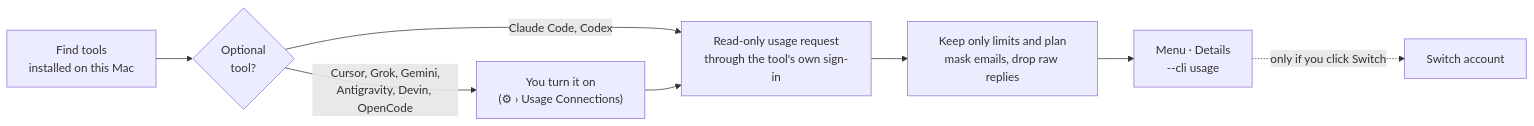
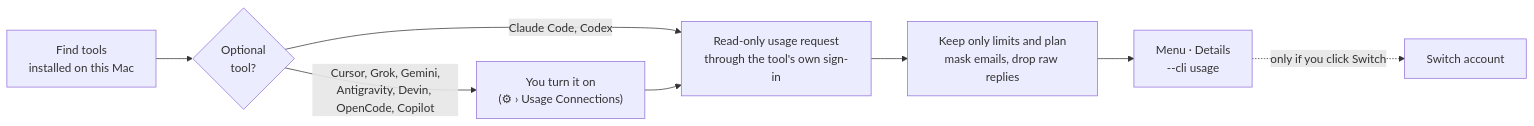
The diagram in README.md (deximple/usageswitch), drawn with Mermaid before and after one commit. The commit also changed other lines of this file and 3 other files, not shown here.

First line of the commit message:
feat(usage): detect gh for Copilot, document the connection (#46)

````diff
--- a/README.md
+++ b/README.md
@@ -295,10 +297,10 @@
 ```mermaid
 flowchart LR
     A["Find tools<br/>installed on this Mac"] --> B{"Optional<br/>tool?"}
     B -- "Claude Code, Codex" --> D
-    B -- "Cursor, Grok, Gemini,<br/>Antigravity, Devin, OpenCode" --> C["You turn it on<br/>(⚙︎ › Usage Connections)"]
+    B -- "Cursor, Grok, Gemini,<br/>Antigravity, Devin, OpenCode, Copilot" --> C["You turn it on<br/>(⚙︎ › Usage Connections)"]
     C --> D["Read-only usage request<br/>through the tool's own sign-in"]
     D --> E["Keep only limits and plan<br/>mask emails, drop raw replies"]
     E --> F["Menu · Details<br/>--cli usage"]
     F -. "only if you click Switch" .-> G["Switch account"]
 ```
````
